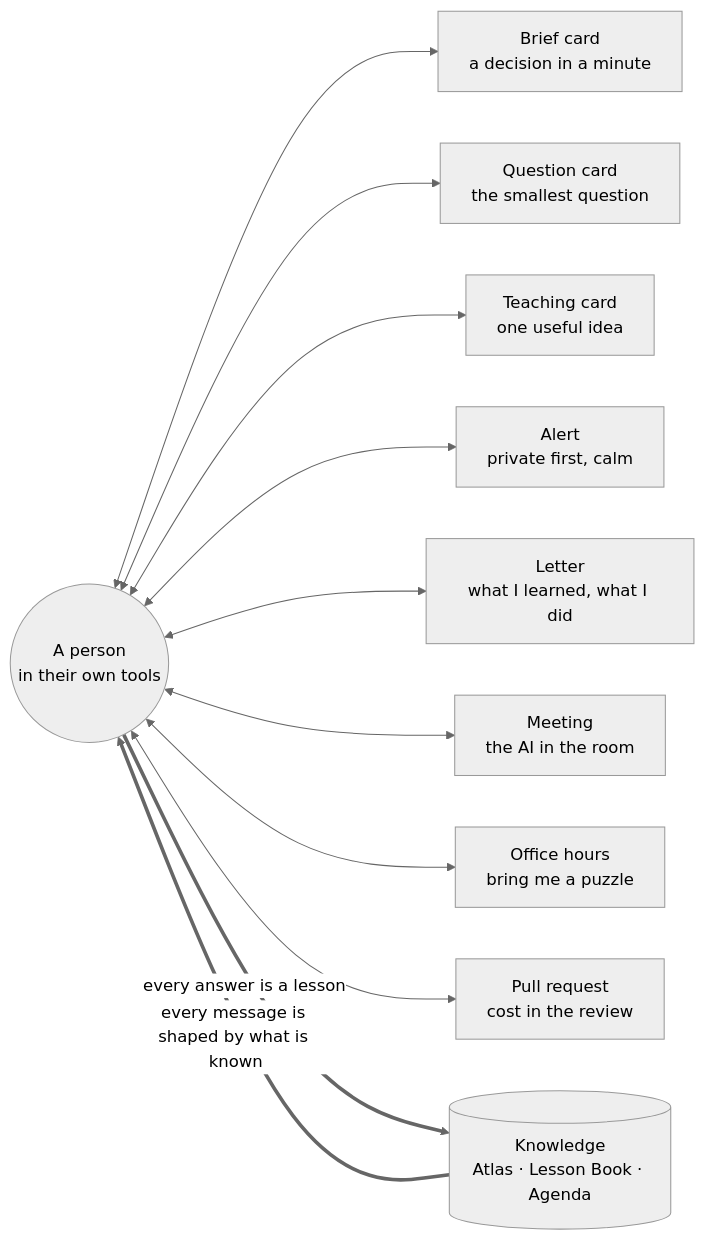
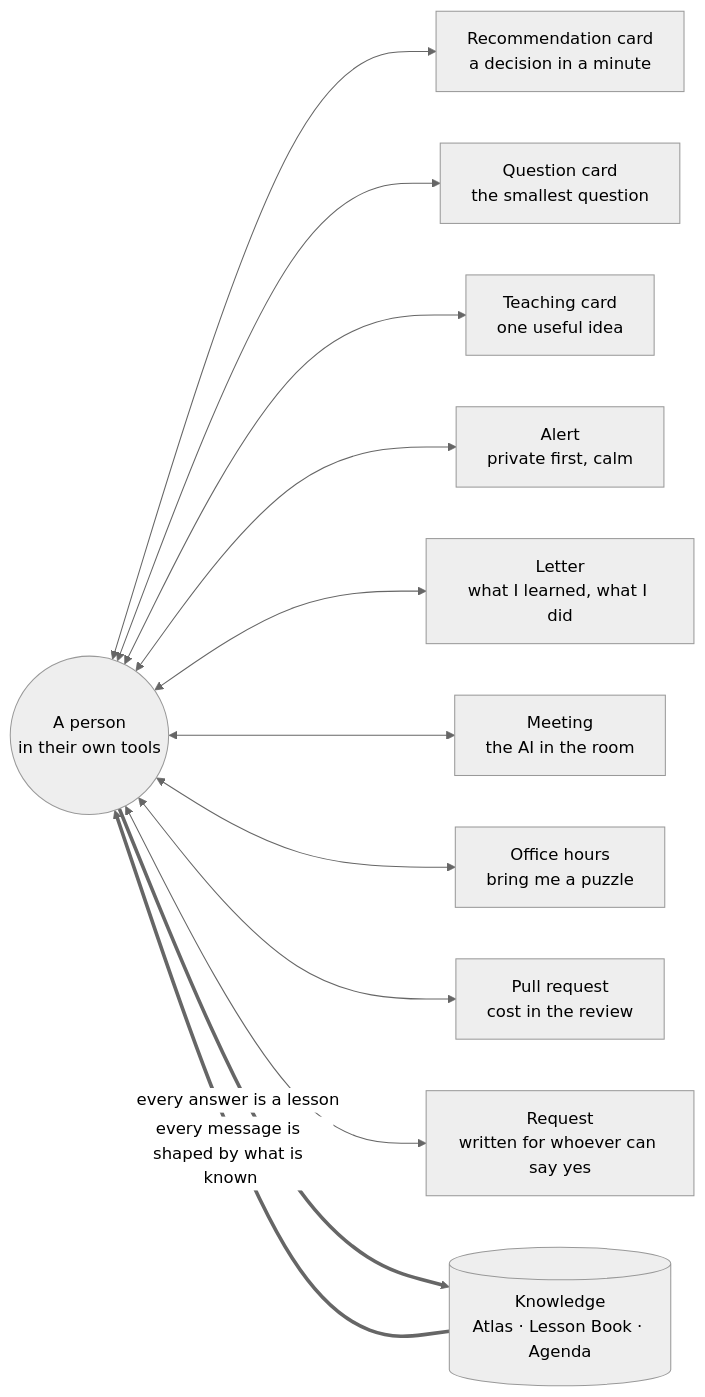
One commit to tinodo/meternaut changed the first of 2 diagrams in docs/06-people-and-conversation.md. Above: the diagram before and after it, drawn with Mermaid (neutral theme). The commit also changed other lines of this file and 69 other files, not shown here.

````diff
--- a/docs/06-people-and-conversation.md
+++ b/docs/06-people-and-conversation.md
@@ -17,23 +19,25 @@
 ```mermaid
 flowchart LR
     P(("A person<br/>in their own tools"))
-    B["Brief card<br/>a decision in a minute"]
+    B["Recommendation card<br/>a decision in a minute"]
     Q["Question card<br/>the smallest question"]
     T["Teaching card<br/>one useful idea"]
     A["Alert<br/>private first, calm"]
     L["Letter<br/>what I learned, what I did"]
     M["Meeting<br/>the AI in the room"]
     O["Office hours<br/>bring me a puzzle"]
     R["Pull request<br/>cost in the review"]
+    X["Request<br/>written for whoever can say yes"]
     K[("Knowledge<br/>Atlas · Lesson Book · Agenda")]
     P <--> B
     P <--> Q
     P <--> T
     P <--> A
     P <--> L
     P <--> M
     P <--> O
     P <--> R
+    P <--> X
     P ==>|"every answer is a lesson"| K
     K ==>|"every message is shaped by what is known"| P
 ```
````
